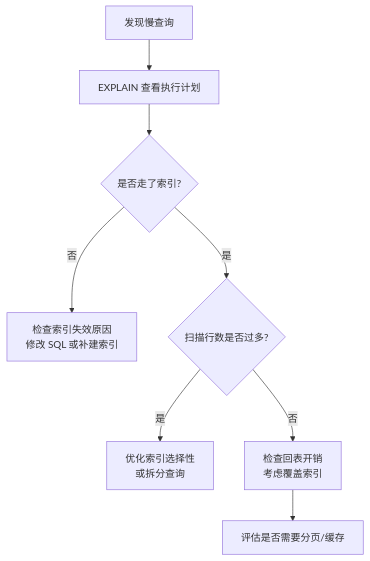
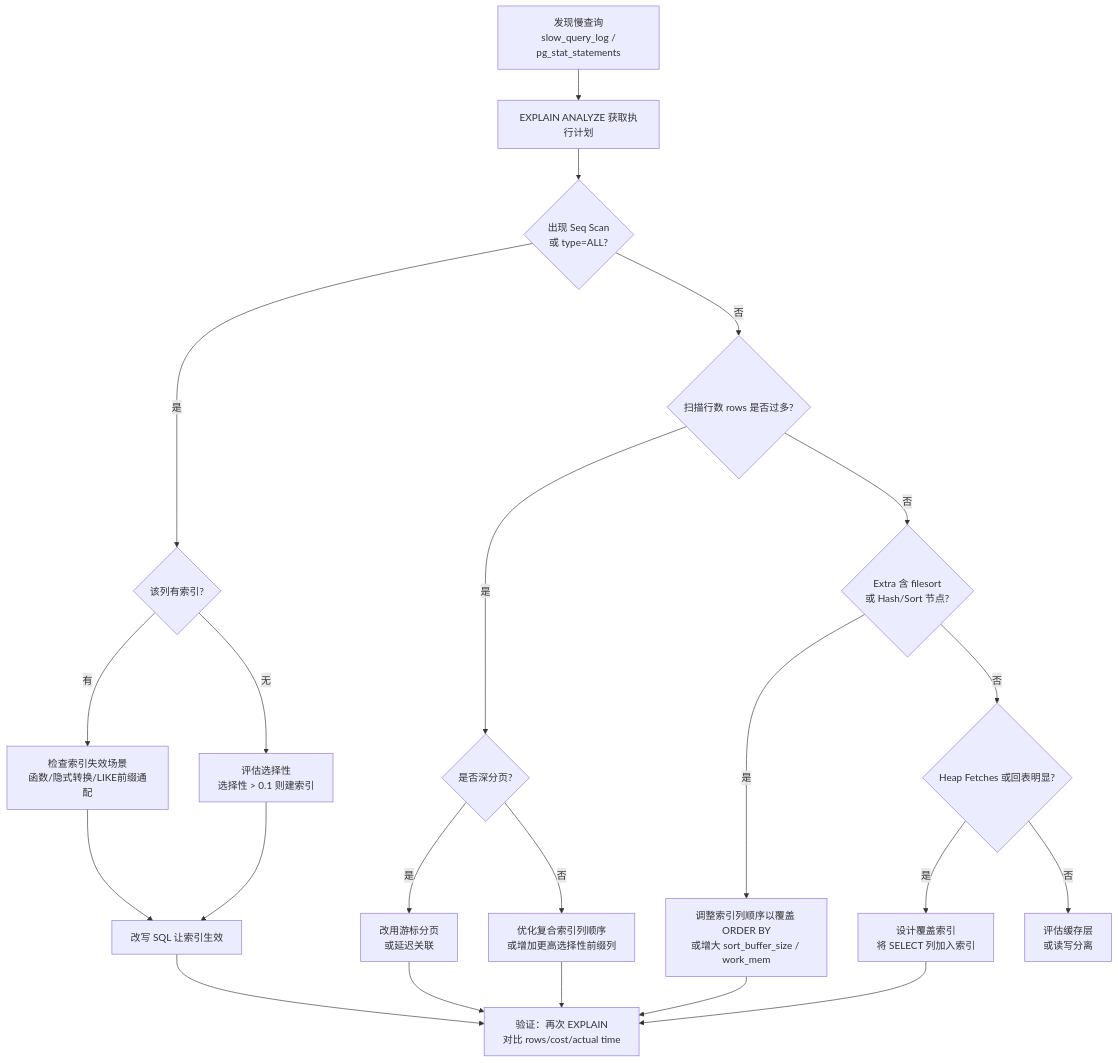
Before and after one commit to AmbitionC/front-end-journey-resource: the diagram in knowledge/data/sql/sql-index-optimize.md, drawn with Mermaid. The commit also changed other lines of this file and 60 other files, not shown here.

````diff
--- a/knowledge/data/sql/sql-index-optimize.md
+++ b/knowledge/data/sql/sql-index-optimize.md
@@ -129,10 +205,24 @@
 ```mermaid
 flowchart TD
-    A[发现慢查询] --> B[EXPLAIN 查看执行计划]
-    B --> C{是否走了索引?}
-    C -- 否 --> D[检查索引失效原因\n修改 SQL 或补建索引]
-    C -- 是 --> E{扫描行数是否过多?}
-    E -- 是 --> F[优化索引选择性\n或拆分查询]
-    E -- 否 --> G[检查回表开销\n考虑覆盖索引]
-    G --> H[评估是否需要分页/缓存]
+    A[发现慢查询\n slow_query_log / pg_stat_statements] --> B[EXPLAIN ANALYZE 获取执行计划]
+    B --> C{出现 Seq Scan\n或 type=ALL?}
+    C -- 是 --> D{该列有索引?}
+    D -- 无 --> E[评估选择性\n选择性 > 0.1 则建索引]
+    D -- 有 --> F[检查索引失效场景\n函数/隐式转换/LIKE前缀通配]
+    F --> G[改写 SQL 让索引生效]
+    E --> G
+    C -- 否 --> H{扫描行数 rows 是否过多?}
+    H -- 是 --> I{是否深分页?}
+    I -- 是 --> J[改用游标分页\n或延迟关联]
+    I -- 否 --> K[优化复合索引列顺序\n或增加更高选择性前缀列]
+    H -- 否 --> L{Extra 含 filesort\n或 Hash/Sort 节点?}
+    L -- 是 --> M[调整索引列顺序以覆盖 ORDER BY\n或增大 sort_buffer_size / work_mem]
+    L -- 否 --> N{Heap Fetches 或回表明显?}
+    N -- 是 --> O[设计覆盖索引\n将 SELECT 列加入索引]
+    N -- 否 --> P[评估缓存层\n或读写分离]
+    G --> Q[验证：再次 EXPLAIN\n对比 rows/cost/actual time]
+    J --> Q
+    K --> Q
+    M --> Q
+    O --> Q
 ```
````
